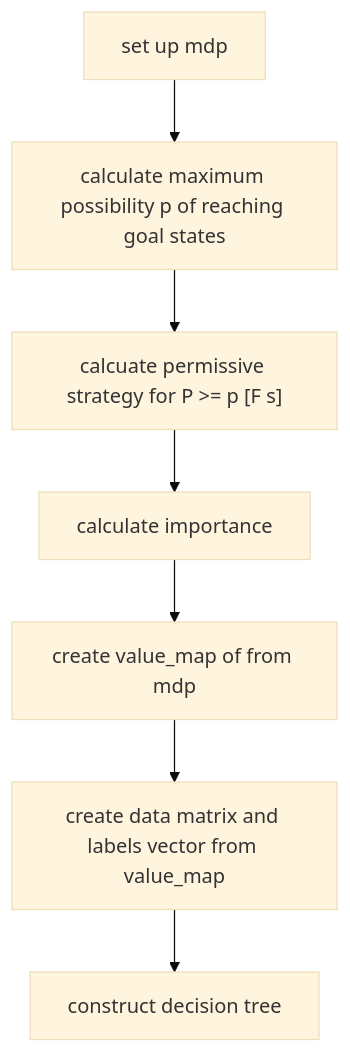
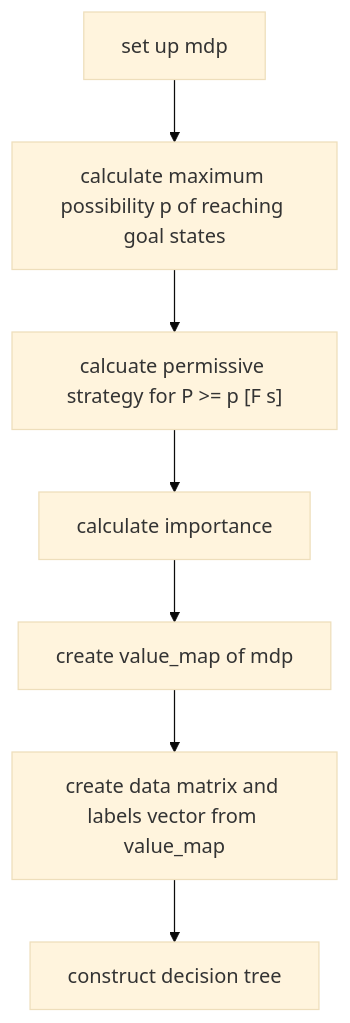
Before and after one commit to flyingkukri/countexex: the first of 2 diagrams in doc/develop.md, drawn with Mermaid (base theme). The commit also changed other lines of this file and 1 other file, not shown here.

````diff
--- a/doc/develop.md
+++ b/doc/develop.md
@@ -58,17 +63,17 @@
 ```mermaid
     flowchart TD
         id1[set up mdp]
         id2[calculate maximum possibility p of reaching goal states]
         id3["calcuate permissive strategy for P >= p [F s]"]
         id4[calculate importance]
-        id5[create value_map of from mdp]
+        id5[create value_map of mdp]
         id6[create data matrix and labels vector from value_map]
         id7[construct decision tree]
         id1 --> id2
         id2 --> id3
         id3 --> id4
         id4 --> id5
         id5 --> id6
         id6 --> id7
 
 ```
````
